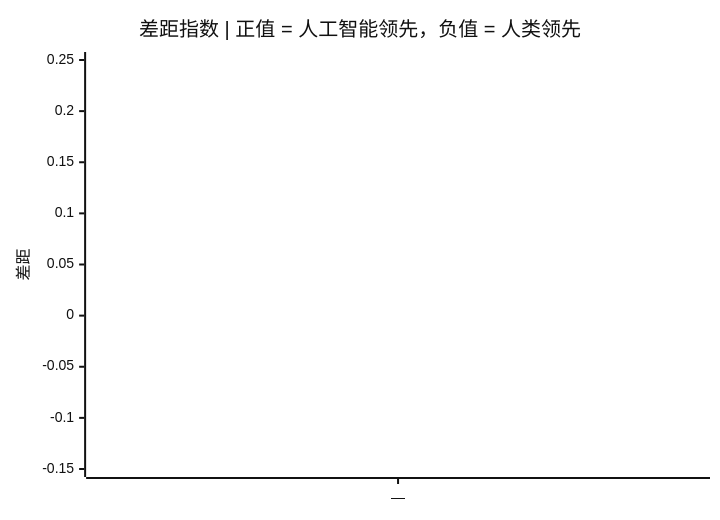
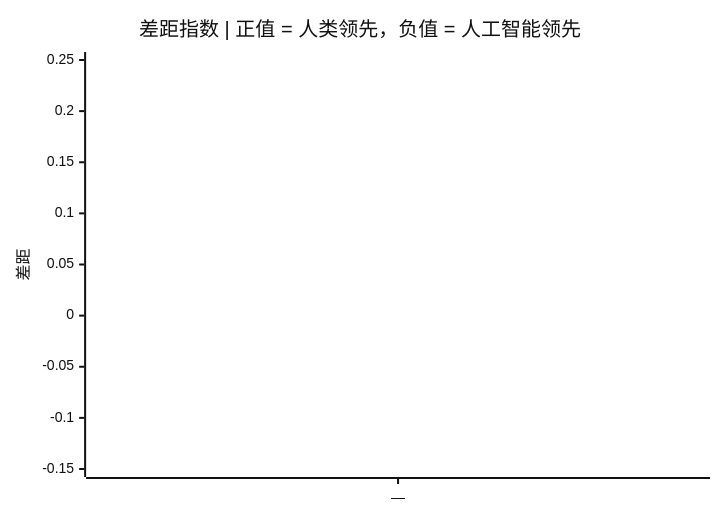
The second of 2 diagrams in README.zh.md (VQQLK/Human-AI-Monitor), drawn with Mermaid (neutral theme) before and after one commit. The commit also changed other lines of this file and 3 other files, not shown here.

````diff
--- a/README.zh.md
+++ b/README.zh.md
@@ -44,7 +44,7 @@
 ```mermaid
 xychart-beta
-    title "差距指数 | 正值 = 人工智能领先，负值 = 人类领先"
+    title "差距指数 | 正值 = 人类领先，负值 = 人工智能领先"
     x-axis ["—"]
     y-axis "差距" -0.15 --> 0.25
     line [0]
 ```
````
